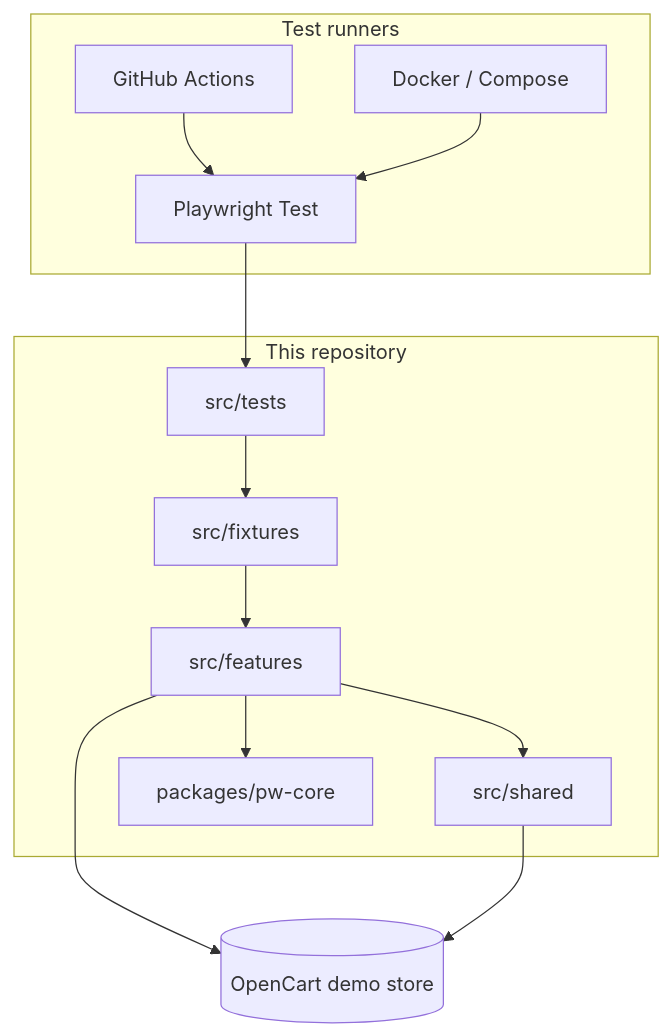
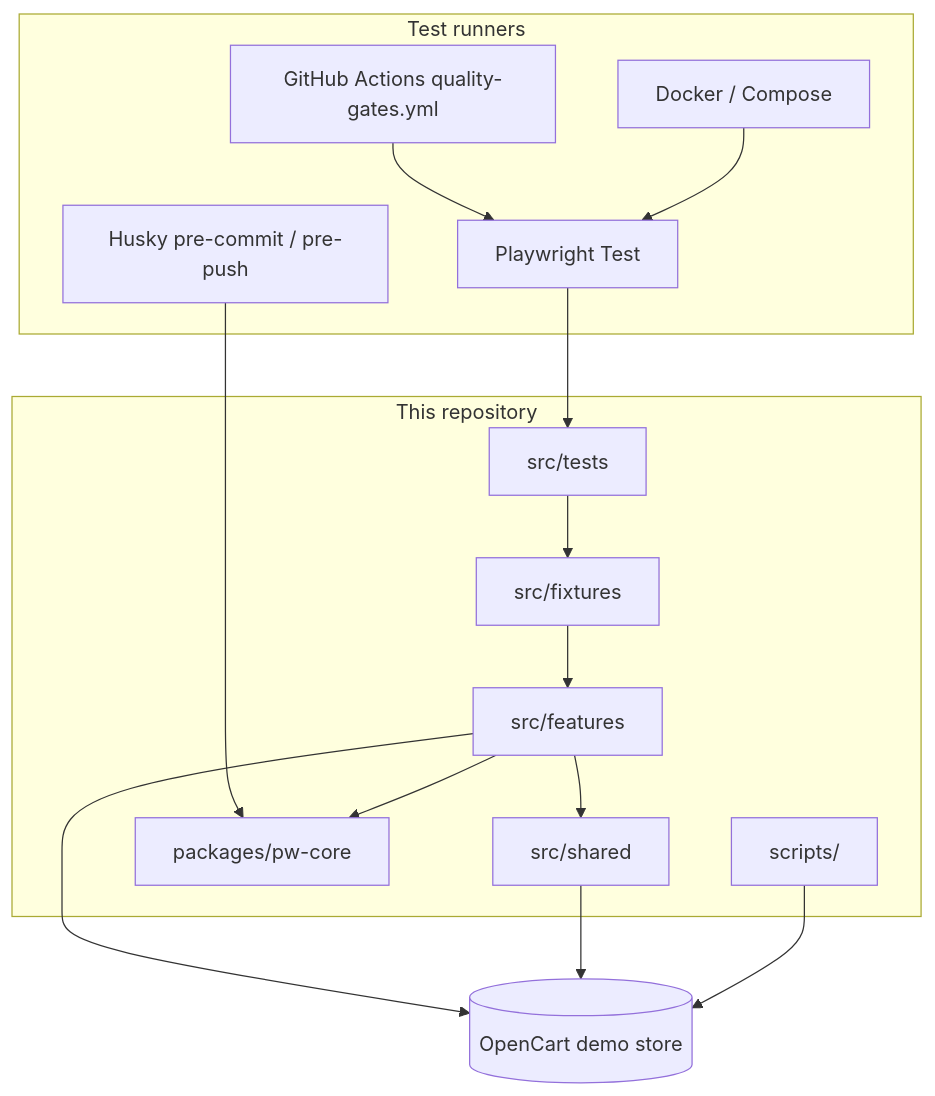
The first of 4 diagrams in docs/ARCHITECTURE.md (NandaRam153/Opencart-Playwright-Typescript-automation), drawn with Mermaid before and after one commit. The commit also changed other lines of this file and 13 other files, not shown here.

````diff
--- a/docs/ARCHITECTURE.md
+++ b/docs/ARCHITECTURE.md
@@ -7,28 +7,32 @@
 ```mermaid
 flowchart TB
     subgraph runners [Test runners]
         PW[Playwright Test]
-        CI[GitHub Actions]
+        CI[GitHub Actions quality-gates.yml]
         Docker[Docker / Compose]
+        Husky[Husky pre-commit / pre-push]
     end
 
     subgraph repo [This repository]
         Tests[src/tests]
         Fixtures[src/fixtures]
         Features[src/features]
         Shared[src/shared]
         PWCore[packages/pw-core]
+        Scripts[scripts/]
     end
 
     SUT[(OpenCart demo store)]
 
     CI --> PW
     Docker --> PW
+    Husky --> PWCore
     PW --> Tests
     Tests --> Fixtures
     Fixtures --> Features
     Features --> Shared
     Features --> PWCore
     Features --> SUT
     Shared --> SUT
+    Scripts --> SUT
 ```
````
